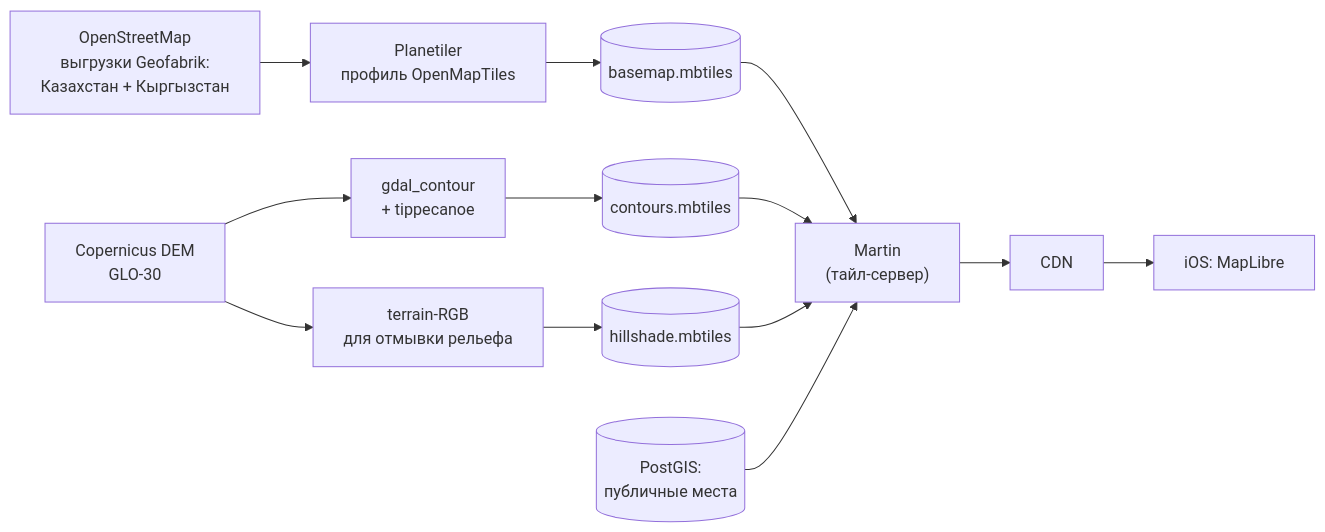
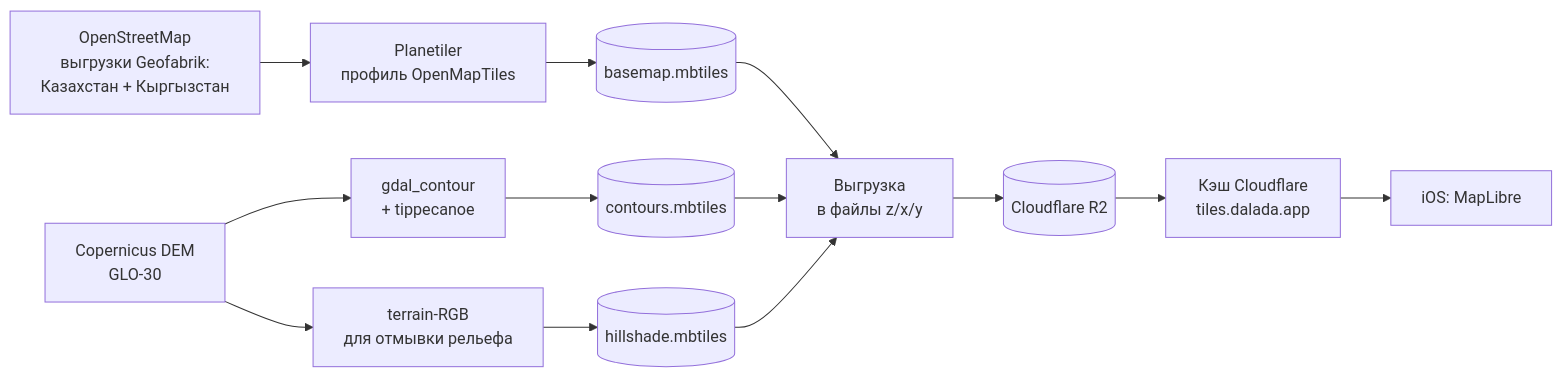
The diagram in docs/03-architecture/03-maps-geo.md (dkicekeeper/Camping), drawn with Mermaid before and after one commit. The commit also changed other lines of this file and 10 other files, not shown here.

First line of the commit message:
Move architecture to Supabase with a zero-cost start

````diff
--- a/docs/03-architecture/03-maps-geo.md
+++ b/docs/03-architecture/03-maps-geo.md
@@ -33,14 +33,15 @@
 ```mermaid
 flowchart LR
   OSM["OpenStreetMap<br/>выгрузки Geofabrik:<br/>Казахстан + Кыргызстан"] --> PT["Planetiler<br/>профиль OpenMapTiles"]
   PT --> BM[("basemap.mbtiles")]
   DEM["Copernicus DEM<br/>GLO-30"] --> CT["gdal_contour<br/>+ tippecanoe"]
   CT --> CM[("contours.mbtiles")]
   DEM --> HS["terrain-RGB<br/>для отмывки рельефа"]
   HS --> HM[("hillshade.mbtiles")]
-  BM --> M["Martin<br/>(тайл-сервер)"]
-  CM --> M
-  HM --> M
-  PG[("PostGIS:<br/>публичные места")] --> M
-  M --> CDN["CDN"] --> App["iOS: MapLibre"]
+  BM --> X["Выгрузка<br/>в файлы z/x/y"]
+  CM --> X
+  HM --> X
+  X --> R2[("Cloudflare R2")]
+  R2 --> C["Кэш Cloudflare<br/>tiles.dalada.app"]
+  C --> App["iOS: MapLibre"]
 ```
````
